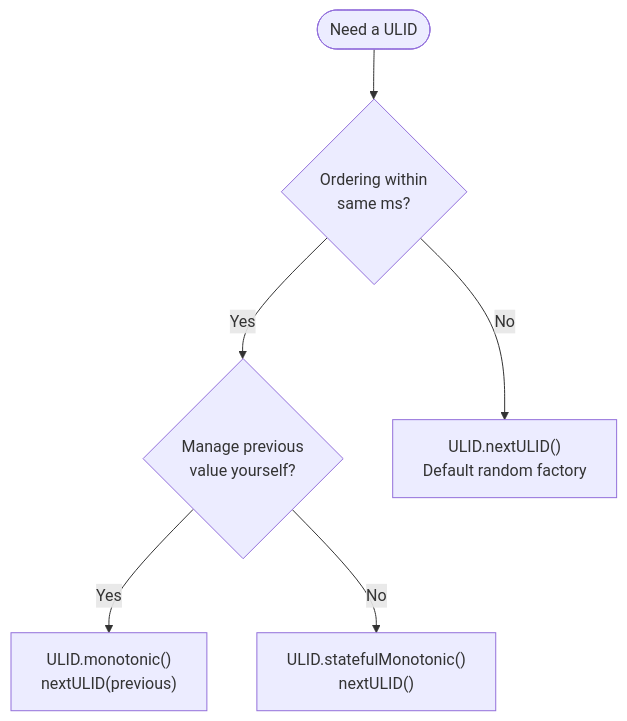
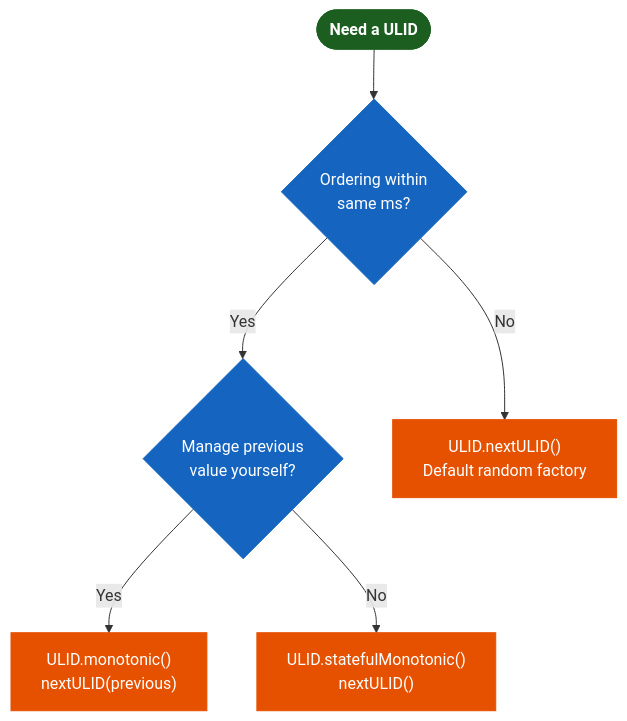
Before and after one commit to bluetape4k/bluetape4k-projects: the fifth of 5 diagrams in utils/idgenerators/README.md, drawn with Mermaid. The commit also changed other lines of this file and 221 other files, not shown here.

First line of the commit message:
docs: 전체 모듈 README UML 다이어그램 보강 및 색상 업그레이드

````diff
--- a/utils/idgenerators/README.md
+++ b/utils/idgenerators/README.md
@@ -266,15 +296,24 @@
 ```mermaid
 flowchart TD
     Start(["Need a ULID"])
     Q1{"Ordering within\nsame ms?"}
     Q2{"Manage previous\nvalue yourself?"}
     Basic["ULID.nextULID()\nDefault random factory"]
     Mono["ULID.monotonic()\nnextULID(previous)"]
     State["ULID.statefulMonotonic()\nnextULID()"]
 
     Start --> Q1
     Q1 -->|No| Basic
     Q1 -->|Yes| Q2
     Q2 -->|Yes| Mono
     Q2 -->|No| State
+
+    classDef coreStyle fill:#1B5E20,stroke:#1B5E20,color:#FFFFFF,font-weight:bold
+    classDef serviceStyle fill:#1565C0,stroke:#1565C0,color:#FFFFFF
+    classDef utilStyle fill:#E65100,stroke:#E65100,color:#FFFFFF
+    classDef dataStyle fill:#F57F17,stroke:#F57F17,color:#000000
+
+    class Start coreStyle
+    class Q1,Q2 serviceStyle
+    class Basic,Mono,State utilStyle
 ```
````
